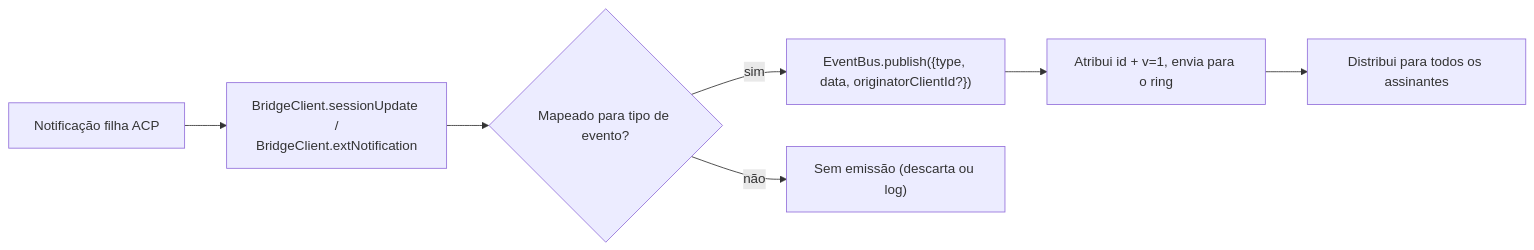
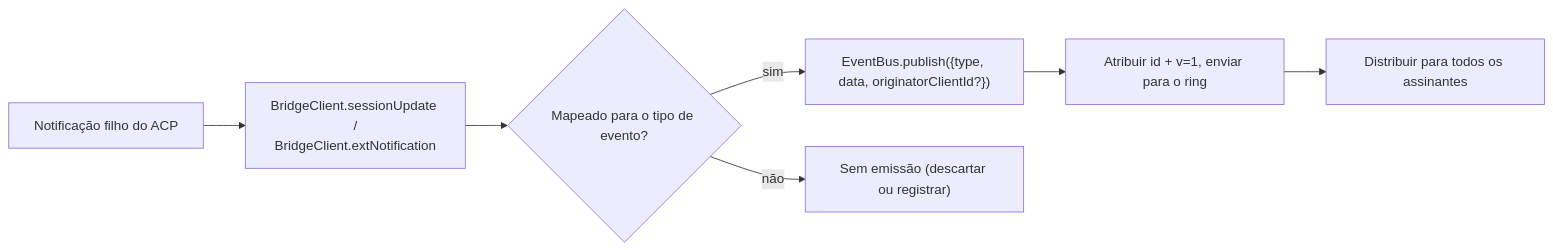
The first of 2 diagrams in website/content/pt-BR/developers/daemon/09-event-schema.md (QwenLM/qwen-code-docs), drawn with Mermaid before and after one commit. The commit also changed other lines of this file and 128 other files, not shown here.

````diff
--- a/website/content/pt-BR/developers/daemon/09-event-schema.md
+++ b/website/content/pt-BR/developers/daemon/09-event-schema.md
@@ -181,9 +188,9 @@
 ```mermaid
 flowchart LR
-    A["Notificação filha ACP"] --> B["BridgeClient.sessionUpdate /<br/>BridgeClient.extNotification"]
-    B --> C{"Mapeado para tipo de evento?"}
+    A["Notificação filho do ACP"] --> B["BridgeClient.sessionUpdate /<br/>BridgeClient.extNotification"]
+    B --> C{"Mapeado para o tipo de evento?"}
     C -->|sim| D["EventBus.publish({type, data, originatorClientId?})"]
-    C -->|não| E["Sem emissão (descarta ou log)"]
-    D --> F["Atribui id + v=1, envia para o ring"]
-    F --> G["Distribui para todos os assinantes"]
+    C -->|não| E["Sem emissão (descartar ou registrar)"]
+    D --> F["Atribuir id + v=1, enviar para o ring"]
+    F --> G["Distribuir para todos os assinantes"]
 ```
````
